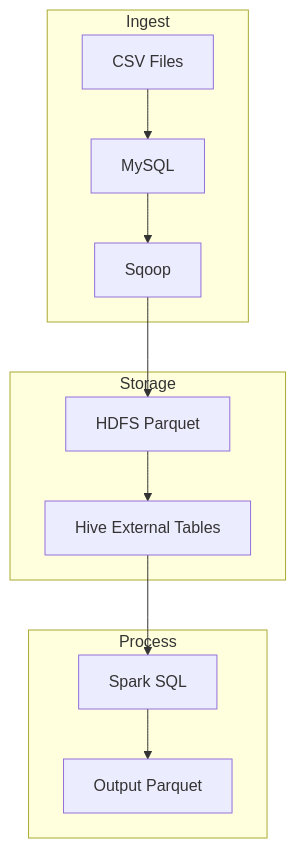
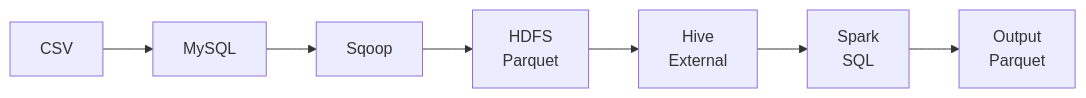
Before and after one commit to AK9130/ecommerce-sales-spark-sql: the diagram in README.md, drawn with Mermaid. The commit also changed other lines of this file, not shown here.

````diff
--- a/README.md
+++ b/README.md
@@ -10,14 +12,4 @@
 ```mermaid
-flowchart TB
-    subgraph Ingest
-        A[CSV Files] --> B[MySQL] --> C[Sqoop]
-    end
-    subgraph Storage
-        D[HDFS Parquet] --> E[Hive External Tables]
-    end
-    subgraph Process
-        F[Spark SQL] --> G[Output Parquet]
-    end
-    C --> D
-    E --> F
+flowchart LR
+    A[CSV] --> B[MySQL] --> C[Sqoop] --> D[HDFS<br/>Parquet] --> E[Hive<br/>External] --> F[Spark<br/>SQL] --> G[Output<br/>Parquet]
 ```
````
